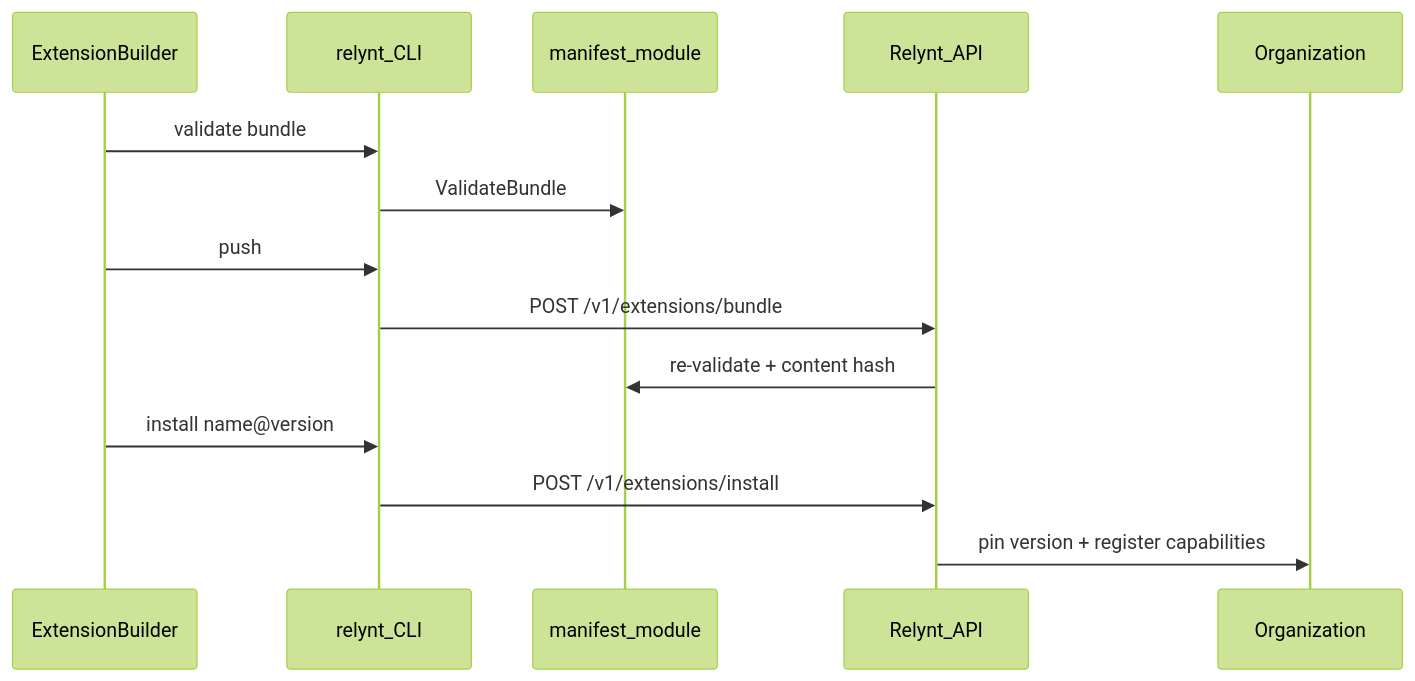
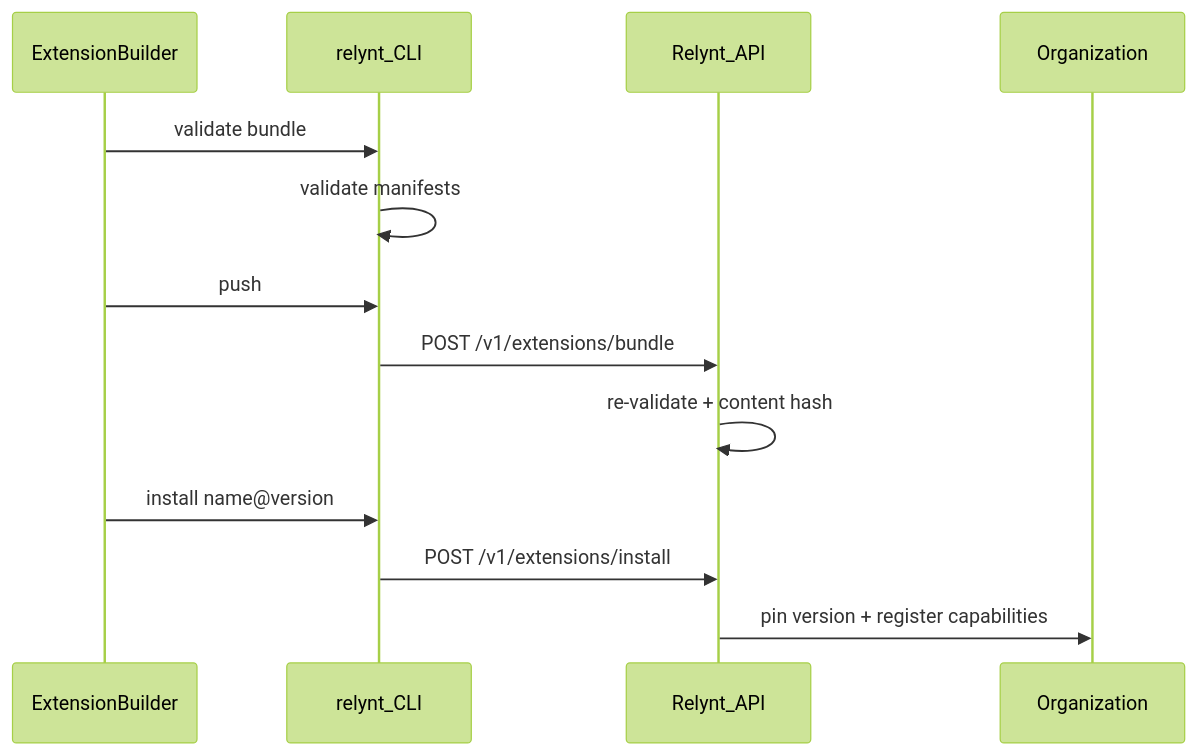
Before and after one commit to getrelynt/mintlify-docs: the diagram in extensions/platform/overview.mdx, drawn with Mermaid (forest theme). The commit also changed other lines of this file and 15 other files, not shown here.

````diff
--- a/extensions/platform/overview.mdx
+++ b/extensions/platform/overview.mdx
@@ -10,16 +10,15 @@
 ```mermaid
 sequenceDiagram
   participant Dev as ExtensionBuilder
   participant CLI as relynt_CLI
-  participant Manifest as manifest_module
   participant API as Relynt_API
   participant Org as Organization
   Dev->>CLI: validate bundle
-  CLI->>Manifest: ValidateBundle
+  CLI->>CLI: validate manifests
   Dev->>CLI: push
   CLI->>API: POST /v1/extensions/bundle
-  API->>Manifest: re-validate + content hash
+  API->>API: re-validate + content hash
   Dev->>CLI: install name@version
   CLI->>API: POST /v1/extensions/install
   API->>Org: pin version + register capabilities
 ```
````
